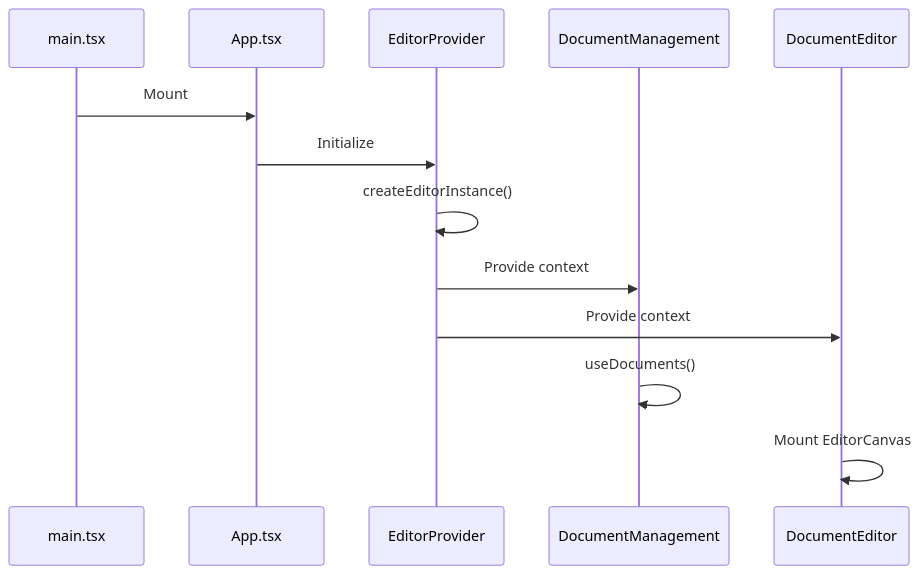
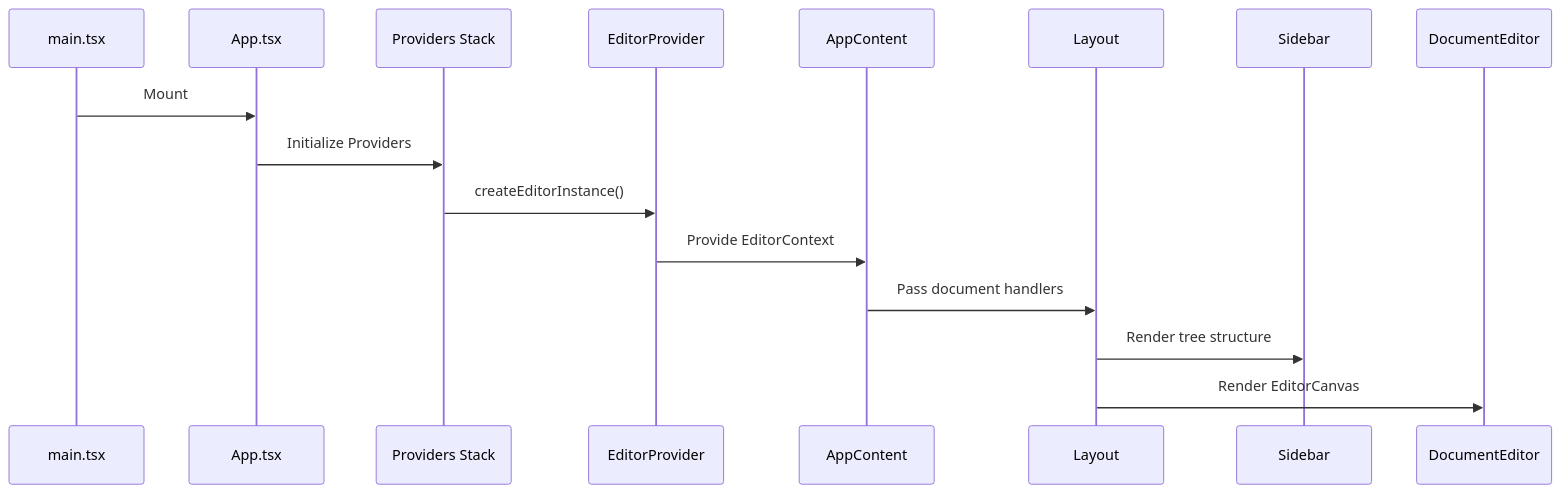
Before and after one commit to eliseo-arevalo/blocksuite-react: the third of 9 diagrams in STRUCTURE.md, drawn with Mermaid. The commit also changed other lines of this file and 3 other files, not shown here.

````diff
--- a/STRUCTURE.md
+++ b/STRUCTURE.md
@@ -93,16 +158,19 @@
 ```mermaid
 sequenceDiagram
     participant M as main.tsx
     participant A as App.tsx
-    participant P as EditorProvider
-    participant DM as DocumentManagement
+    participant P as Providers Stack
+    participant EP as EditorProvider
+    participant AC as AppContent
+    participant L as Layout
+    participant S as Sidebar
     participant DE as DocumentEditor
     
     M->>A: Mount
-    A->>P: Initialize
-    P->>P: createEditorInstance()
-    P->>DM: Provide context
-    P->>DE: Provide context
-    DM->>DM: useDocuments()
-    DE->>DE: Mount EditorCanvas
+    A->>P: Initialize Providers
+    P->>EP: createEditorInstance()
+    EP->>AC: Provide EditorContext
+    AC->>L: Pass document handlers
+    L->>S: Render tree structure
+    L->>DE: Render EditorCanvas
 ```
````
